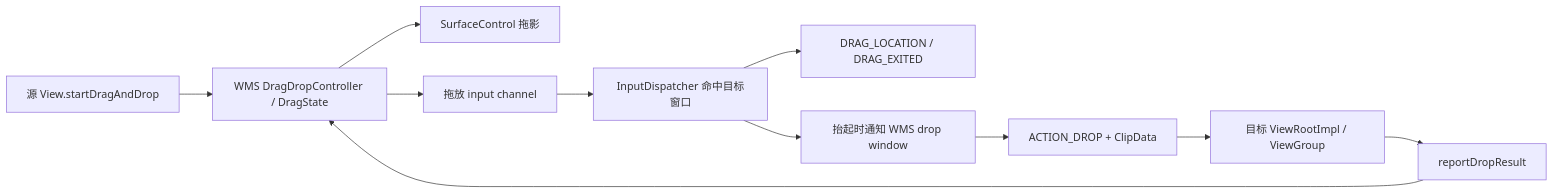
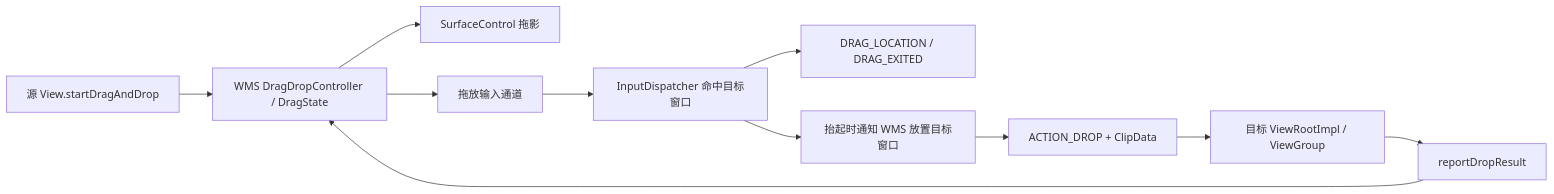
The third of 3 diagrams in src/part1-fundamentals/ch03-input/13-keyboard-mouse-pointer-input-performance.md (Gracker/android-internals-wiki), drawn with Mermaid before and after one commit. The commit also changed other lines of this file and 4 other files, not shown here.

````diff
--- a/src/part1-fundamentals/ch03-input/13-keyboard-mouse-pointer-input-performance.md
+++ b/src/part1-fundamentals/ch03-input/13-keyboard-mouse-pointer-input-performance.md
@@ -391,13 +391,13 @@
 ```mermaid
 flowchart LR
     A["源 View.startDragAndDrop"] --> B["WMS DragDropController / DragState"]
     B --> C["SurfaceControl 拖影"]
-    B --> D["拖放 input channel"]
+    B --> D["拖放输入通道"]
     D --> E["InputDispatcher 命中目标窗口"]
     E --> F["DRAG_LOCATION / DRAG_EXITED"]
-    E --> G["抬起时通知 WMS drop window"]
+    E --> G["抬起时通知 WMS 放置目标窗口"]
     G --> H["ACTION_DROP + ClipData"]
     H --> I["目标 ViewRootImpl / ViewGroup"]
     I --> J["reportDropResult"]
     J --> B
 ```
````
